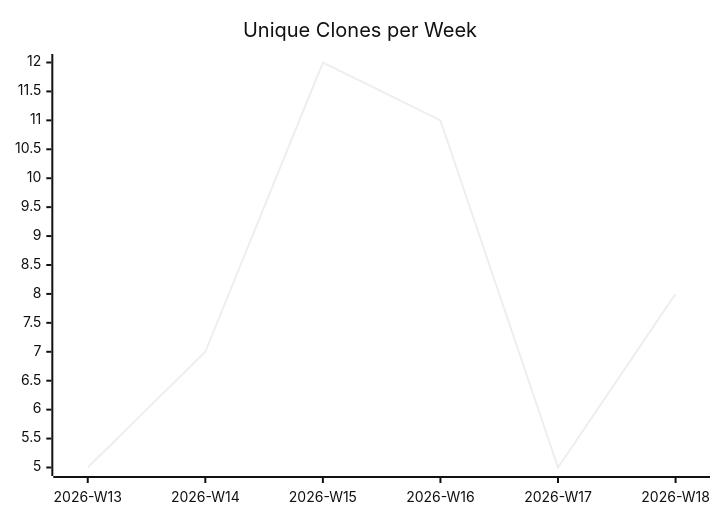
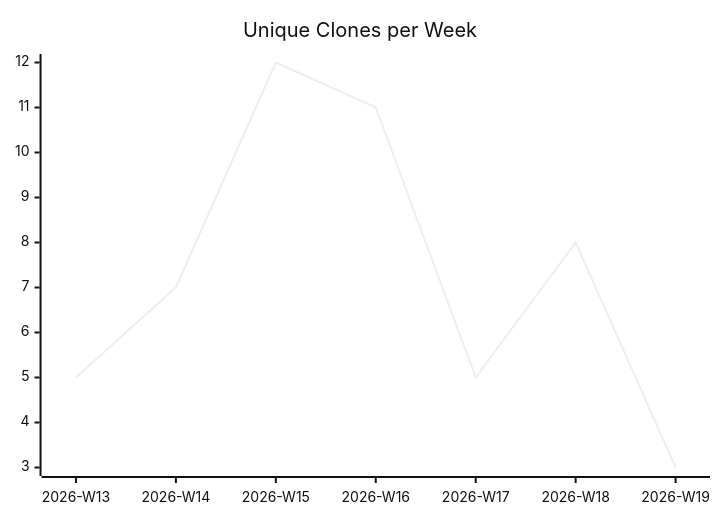
One commit to justdavis-family/github-analytics-data changed the third of 3 diagrams in karlmdavis/fhir-benchmarks/README.md. Above: the diagram before and after it, drawn with Mermaid (neutral theme). The commit also changed other lines of this file and 187 other files, not shown here.

````diff
--- a/karlmdavis/fhir-benchmarks/README.md
+++ b/karlmdavis/fhir-benchmarks/README.md
@@ -19,6 +19,6 @@
 ```mermaid
 xychart-beta
   title "Unique Clones per Week"
-  x-axis ["2026-W13", "2026-W14", "2026-W15", "2026-W16", "2026-W17", "2026-W18"]
-  line [5, 7, 12, 11, 5, 8]
+  x-axis ["2026-W13", "2026-W14", "2026-W15", "2026-W16", "2026-W17", "2026-W18", "2026-W19"]
+  line [5, 7, 12, 11, 5, 8, 3]
 ```
````
